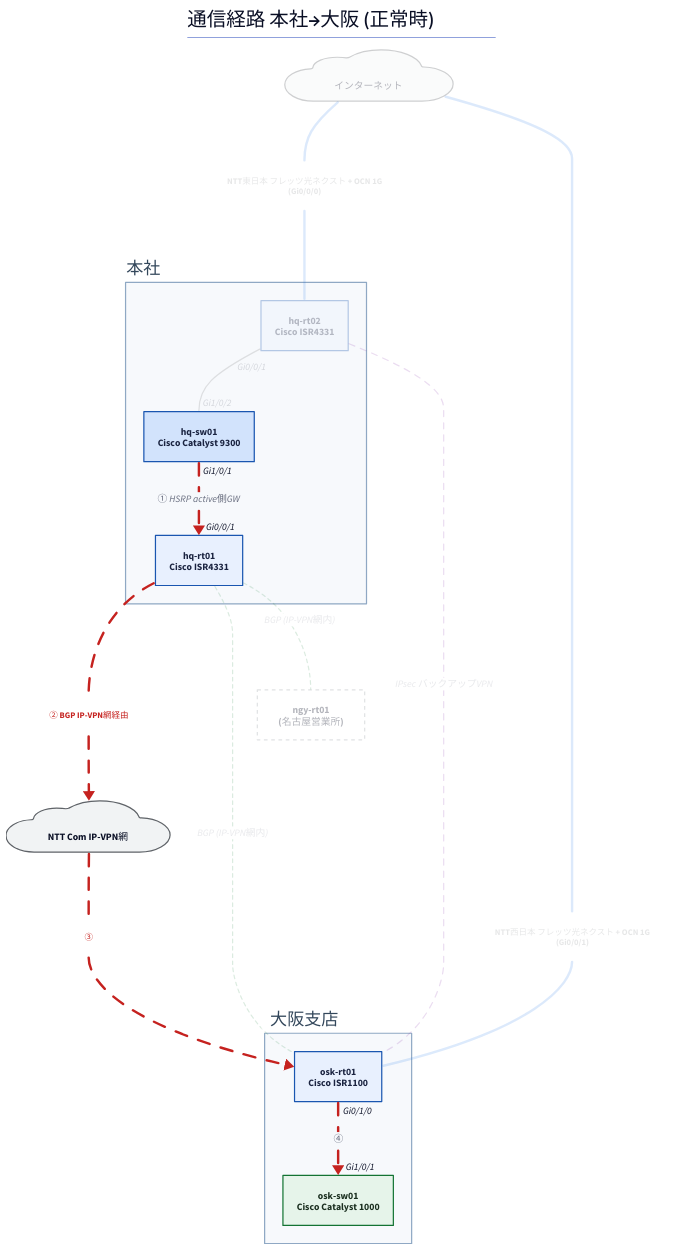
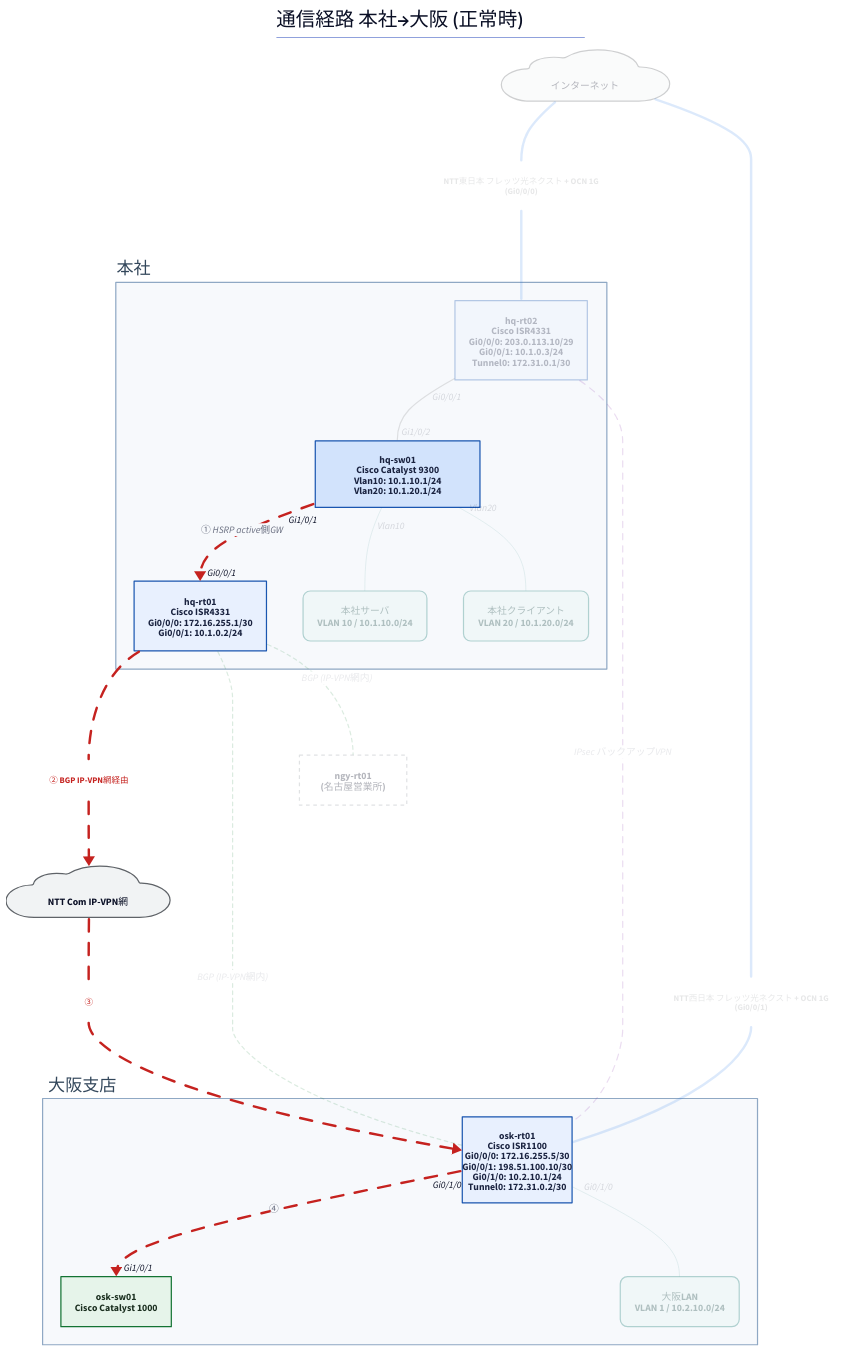
Before and after one commit to thinas1115/nwdsl: the diagram in examples/sample-corp/generated/path-normal.d2, drawn with D2. The commit also changed 26 other files, not shown here.

```diff
--- a/examples/sample-corp/generated/path-normal.d2
+++ b/examples/sample-corp/generated/path-normal.d2
@@ -1,59 +1,67 @@
 title: |md
   # 通信経路 本社→大阪 (正常時)
 | {near: top-center}
 direction: down
 
 classes: {
   role-router: {style.fill: "#e8f0fe"; style.stroke: "#1a56b0"; style.font-color: "#1a2340"}
   role-l3switch: {style.fill: "#d2e3fc"; style.stroke: "#1a56b0"; style.font-color: "#1a2340"}
   role-l2switch: {style.fill: "#e6f4ea"; style.stroke: "#137333"; style.font-color: "#1a2e1f"}
   role-firewall: {style.fill: "#fce8e6"; style.stroke: "#c5221f"; style.font-color: "#3c1a19"}
   role-other: {style.fill: "#f1f3f4"; style.stroke: "#5f6368"; style.font-color: "#202124"}
   node-cloud: {shape: cloud; style.fill: "#f1f3f4"; style.stroke: "#5f6368"}
   node-site: {style.fill: "#fff8e1"; style.stroke: "#b58105"; style.font-color: "#4a3a08"}
+  node-segment: {style.fill: "#e2f5f0"; style.stroke: "#0f766e"; style.font-color: "#0b3d38"; style.border-radius: 12}
   node-external: {style.fill: "#ffffff"; style.stroke: "#9aa0a6"; style.stroke-dash: 3}
   group-site: {style.fill: "#f7f9fc"; style.stroke: "#8fa8c4"; style.font-color: "#33475b"}
   edge-label: {style.fill: "transparent"; style.stroke: "transparent"; style.font-size: 14; style.font-color: "#5f6368"; style.italic: true}
   edge-lan-cable: {style.stroke: "#4a4a4a"; style.stroke-width: 2}
   edge-wan-circuit: {style.stroke: "#1a73e8"; style.stroke-width: 4}
   edge-tunnel: {style.stroke: "#7b1fa2"; style.stroke-width: 2; style.stroke-dash: 5}
   edge-logical: {style.stroke: "#188038"; style.stroke-width: 2; style.stroke-dash: 3}
+  edge-segment: {style.stroke: "#0f766e"; style.stroke-width: 1}
 }
 
 s_hq: "本社" {
   class: group-site
   label.near: outside-top-left
-  n_hq_rt01: "hq-rt01\nCisco ISR4331" {class: role-router}
-  n_hq_sw01: "hq-sw01\nCisco Catalyst 9300" {class: role-l3switch}
-  n_hq_rt02: "hq-rt02\nCisco ISR4331" {class: role-router; style.opacity: 0.3}
+  n_hq_rt01: "hq-rt01\nCisco ISR4331\nGi0/0/0: 172.16.255.1/30\nGi0/0/1: 10.1.0.2/24" {class: role-router}
+  n_hq_sw01: "hq-sw01\nCisco Catalyst 9300\nVlan10: 10.1.10.1/24\nVlan20: 10.1.20.1/24" {class: role-l3switch; width: 270}
+  n_hq_rt02: "hq-rt02\nCisco ISR4331\nGi0/0/0: 203.0.113.10/29\nGi0/0/1: 10.1.0.3/24\nTunnel0: 172.31.0.1/30" {class: role-router; style.opacity: 0.3}
+  n_seg__hq_server: "本社サーバ\nVLAN 10 / 10.1.10.0/24" {class: node-segment; style.opacity: 0.3}
+  n_seg__hq_client: "本社クライアント\nVLAN 20 / 10.1.20.0/24" {class: node-segment; style.opacity: 0.3}
 }
 
 s_osk: "大阪支店" {
   class: group-site
   label.near: outside-top-left
-  n_osk_rt01: "osk-rt01\nCisco ISR1100" {class: role-router}
+  n_osk_rt01: "osk-rt01\nCisco ISR1100\nGi0/0/0: 172.16.255.5/30\nGi0/0/1: 198.51.100.10/30\nGi0/1/0: 10.2.10.1/24\nTunnel0: 172.31.0.2/30" {class: role-router; width: 180}
   n_osk_sw01: "osk-sw01\nCisco Catalyst 1000" {class: role-l2switch}
+  n_seg__osk_lan: "大阪LAN\nVLAN 1 / 10.2.10.0/24" {class: node-segment; style.opacity: 0.3}
 }
 
 n_ipvpn: "　NTT Com IP-VPN網　" {class: node-cloud}
 n_internet: "　インターネット　" {class: node-cloud; style.opacity: 0.3}
 n_ngy_rt01: "ngy-rt01\n(名古屋営業所)" {class: node-external; style.opacity: 0.3}
 
 s_hq.n_hq_sw01 -> s_hq.n_hq_rt01: "① HSRP active側GW" {class: edge-lan-cable; source-arrowhead.label: "Gi1/0/1"; target-arrowhead.label: "Gi0/0/1"; style.stroke: "#c5221f"; style.stroke-width: 4; style.animated: true}
 s_hq.n_hq_rt02 -- s_hq.n_hq_sw01 {class: edge-lan-cable; source-arrowhead.label: "Gi0/0/1"; target-arrowhead.label: "Gi1/0/2"; style.opacity: 0.15}
 s_osk.n_osk_rt01 -> s_osk.n_osk_sw01: "④" {class: edge-lan-cable; source-arrowhead.label: "Gi0/1/0"; target-arrowhead.label: "Gi1/0/1"; style.stroke: "#c5221f"; style.stroke-width: 4; style.animated: true}
 lbl_3: "② BGP IP-VPN網経由" {class: edge-label; style.font-color: "#c5221f"; style.bold: true}
 s_hq.n_hq_rt01 -- lbl_3 {class: edge-wan-circuit; style.stroke: "#c5221f"; style.stroke-width: 4; style.animated: true}
 lbl_3 -> n_ipvpn {class: edge-wan-circuit; style.stroke: "#c5221f"; style.stroke-width: 4; style.animated: true}
 lbl_4: "③" {class: edge-label; style.font-color: "#c5221f"; style.bold: true}
 n_ipvpn -- lbl_4 {class: edge-wan-circuit; style.stroke: "#c5221f"; style.stroke-width: 4; style.animated: true}
 lbl_4 -> s_osk.n_osk_rt01 {class: edge-wan-circuit; style.stroke: "#c5221f"; style.stroke-width: 4; style.animated: true}
 lbl_5: "NTT東日本 フレッツ光ネクスト + OCN 1G\n(Gi0/0/0)" {class: edge-label; style.opacity: 0.15}
 n_internet -- lbl_5 {class: edge-wan-circuit; style.opacity: 0.15}
 lbl_5 -- s_hq.n_hq_rt02 {class: edge-wan-circuit; style.opacity: 0.15}
 lbl_6: "NTT西日本 フレッツ光ネクスト + OCN 1G\n(Gi0/0/1)" {class: edge-label; style.opacity: 0.15}
 n_internet -- lbl_6 {class: edge-wan-circuit; style.opacity: 0.15}
 lbl_6 -- s_osk.n_osk_rt01 {class: edge-wan-circuit; style.opacity: 0.15}
 s_hq.n_hq_rt02 -- s_osk.n_osk_rt01: "IPsec バックアップVPN" {class: edge-tunnel; style.opacity: 0.15}
 s_hq.n_hq_rt01 -- s_osk.n_osk_rt01: "BGP (IP-VPN網内)" {class: edge-logical; style.opacity: 0.15}
 s_hq.n_hq_rt01 -- n_ngy_rt01: "BGP (IP-VPN網内)" {class: edge-logical; style.opacity: 0.15}
+s_hq.n_hq_sw01 -- s_hq.n_seg__hq_server {class: edge-segment; source-arrowhead.label: "Vlan10"; style.opacity: 0.15}
+s_hq.n_hq_sw01 -- s_hq.n_seg__hq_client {class: edge-segment; source-arrowhead.label: "Vlan20"; style.opacity: 0.15}
+s_osk.n_osk_rt01 -- s_osk.n_seg__osk_lan {class: edge-segment; source-arrowhead.label: "Gi0/1/0"; style.opacity: 0.15}
```
